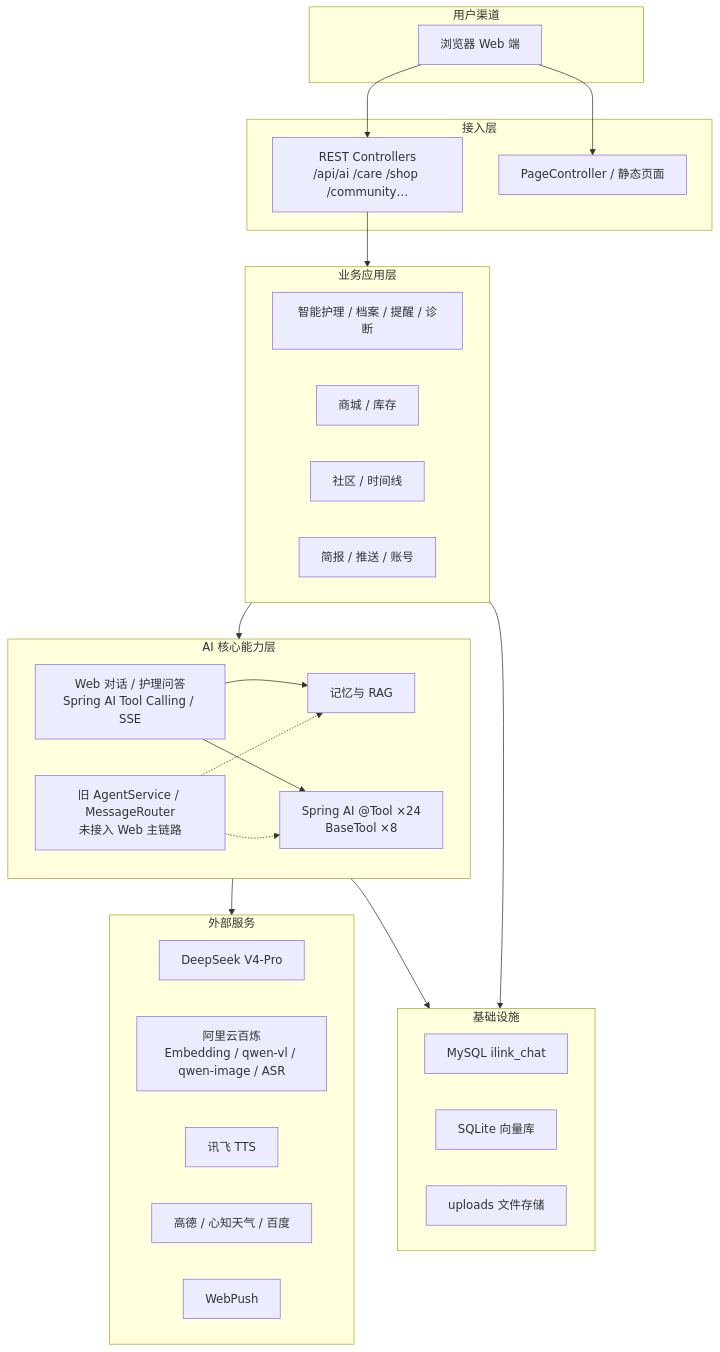
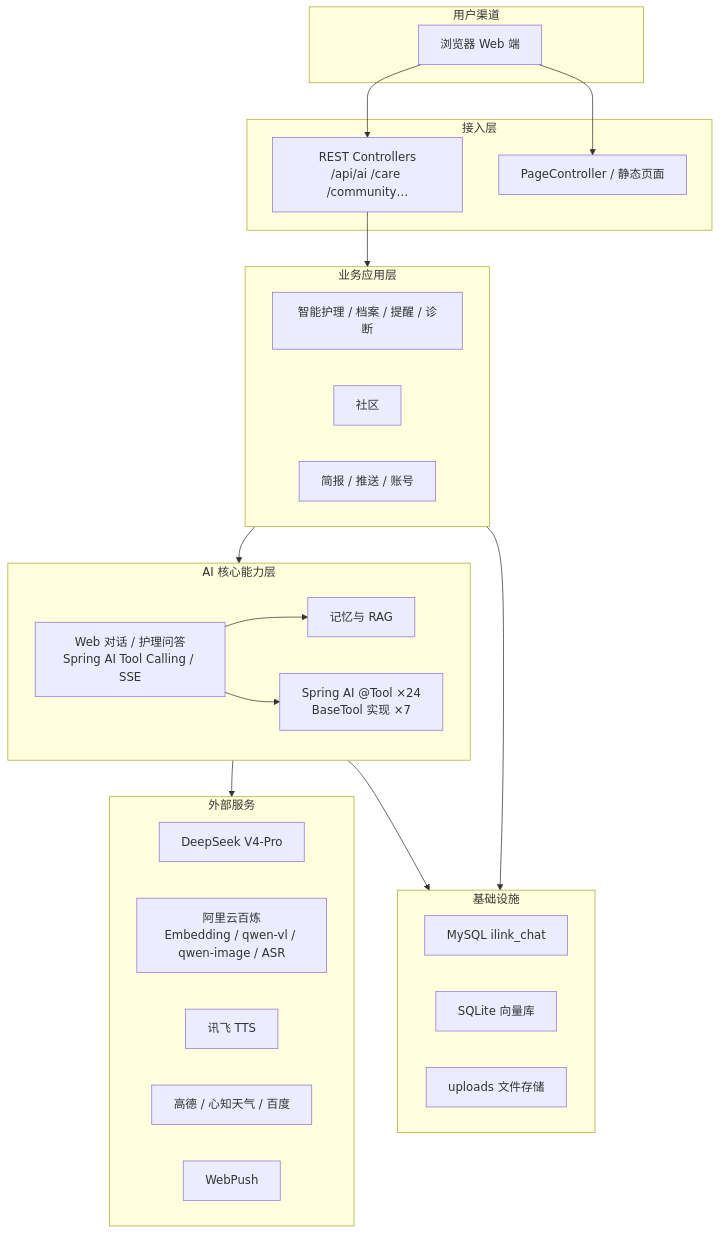
The diagram in README.md (8750shuangyue/WECHATILINK), drawn with Mermaid before and after one commit. The commit also changed other lines of this file and 12 other files, not shown here.

First line of the commit message:
docs: refresh README for stage 5/6 and add 2026-11-03 architecture docs

````diff
--- a/README.md
+++ b/README.md
@@ -199,51 +197,47 @@
 ```mermaid
 flowchart TB
     subgraph Client["用户渠道"]
         Web["浏览器 Web 端"]
     end
 
     subgraph Access["接入层"]
-        REST["REST Controllers<br/>/api/ai /care /shop /community…"]
+        REST["REST Controllers<br/>/api/ai /care /community…"]
         Page["PageController / 静态页面"]
     end
 
     subgraph Biz["业务应用层"]
         Care["智能护理 / 档案 / 提醒 / 诊断"]
-        Ecom["商城 / 库存"]
-        Community["社区 / 时间线"]
+        Community["社区"]
         Brief["简报 / 推送 / 账号"]
     end
 
     subgraph AI["AI 核心能力层"]
         Engine["Web 对话 / 护理问答<br/>Spring AI Tool Calling / SSE"]
-        Tools["Spring AI @Tool ×24<br/>BaseTool ×8"]
+        Tools["Spring AI @Tool ×24<br/>BaseTool 实现 ×7"]
         Memory["记忆与 RAG"]
-        Legacy["旧 AgentService / MessageRouter<br/>未接入 Web 主链路"]
     end
 
     subgraph Ext["外部服务"]
         LLM["DeepSeek V4-Pro"]
         Dash["阿里云百炼<br/>Embedding / qwen-vl / qwen-image / ASR"]
         TTS["讯飞 TTS"]
         Map["高德 / 心知天气 / 百度"]
         Push["WebPush"]
     end
 
     subgraph Infra["基础设施"]
         MySQL["MySQL ilink_chat"]
         SQLite["SQLite 向量库"]
         Upload["uploads 文件存储"]
     end
 
     Web --> REST
     Web --> Page
     REST --> Biz
     Biz --> AI
     Engine --> Memory
     Engine --> Tools
-    Legacy -.-> Memory
-    Legacy -.-> Tools
     AI --> Ext
     Biz --> Infra
     AI --> Infra
 ```
````
